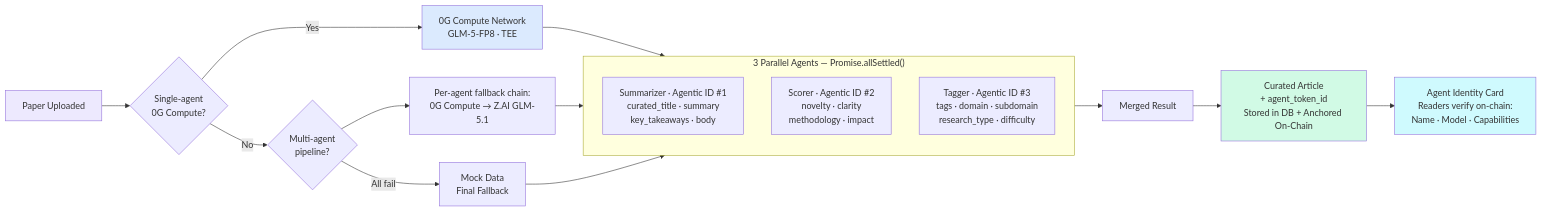
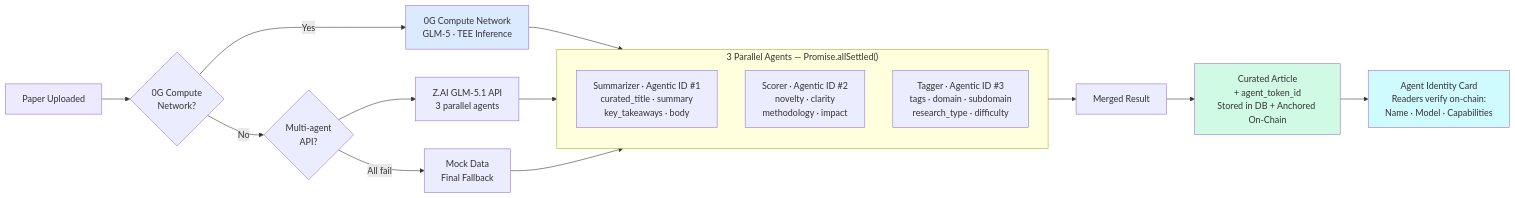
The third of 5 diagrams in README.md (dwlpra/rumah-peneliti), drawn with Mermaid before and after one commit. The commit also changed other lines of this file, not shown here.

Commit message:
docs: fix multi-agent diagram — accurate fallback chain, model name, AgenticID methods

````diff
--- a/README.md
+++ b/README.md
@@ -287,30 +287,30 @@
 ```mermaid
 flowchart LR
-    A[Paper Uploaded] --> B{Single-agent<br/>0G Compute?}
-    B -->|Yes| C[0G Compute Network<br/>GLM-5-FP8 · TEE]
-    B -->|No| D{Multi-agent<br/>pipeline?}
+    A[Paper Uploaded] --> B{0G Compute<br/>Network?}
+    B -->|Yes| C[0G Compute Network<br/>GLM-5 · TEE Inference]
+    B -->|No| D{Multi-agent<br/>API?}
 
-    D --> E["Per-agent fallback chain:<br/>0G Compute → Z.AI GLM-5.1"]
+    D --> E["Z.AI GLM-5.1 API<br/>3 parallel agents"]
     D -->|All fail| F[Mock Data<br/>Final Fallback]
 
     C --> G
     E --> G
     F --> G
 
     subgraph G["3 Parallel Agents — Promise.allSettled()"]
         direction TB
         S["Summarizer · Agentic ID #1<br/>curated_title · summary<br/>key_takeaways · body"]
         SC["Scorer · Agentic ID #2<br/>novelty · clarity<br/>methodology · impact"]
         T["Tagger · Agentic ID #3<br/>tags · domain · subdomain<br/>research_type · difficulty"]
     end
 
     G --> J[Merged Result]
     J --> K["Curated Article<br/>+ agent_token_id<br/>Stored in DB + Anchored On-Chain"]
 
     K --> L["Agent Identity Card<br/>Readers verify on-chain:<br/>Name · Model · Capabilities"]
 
     style A fill:#ede9fe,color:#333
     style C fill:#dbeafe,color:#333
     style K fill:#d1fae5,color:#333
     style L fill:#cffafe,color:#333
 ```
````
